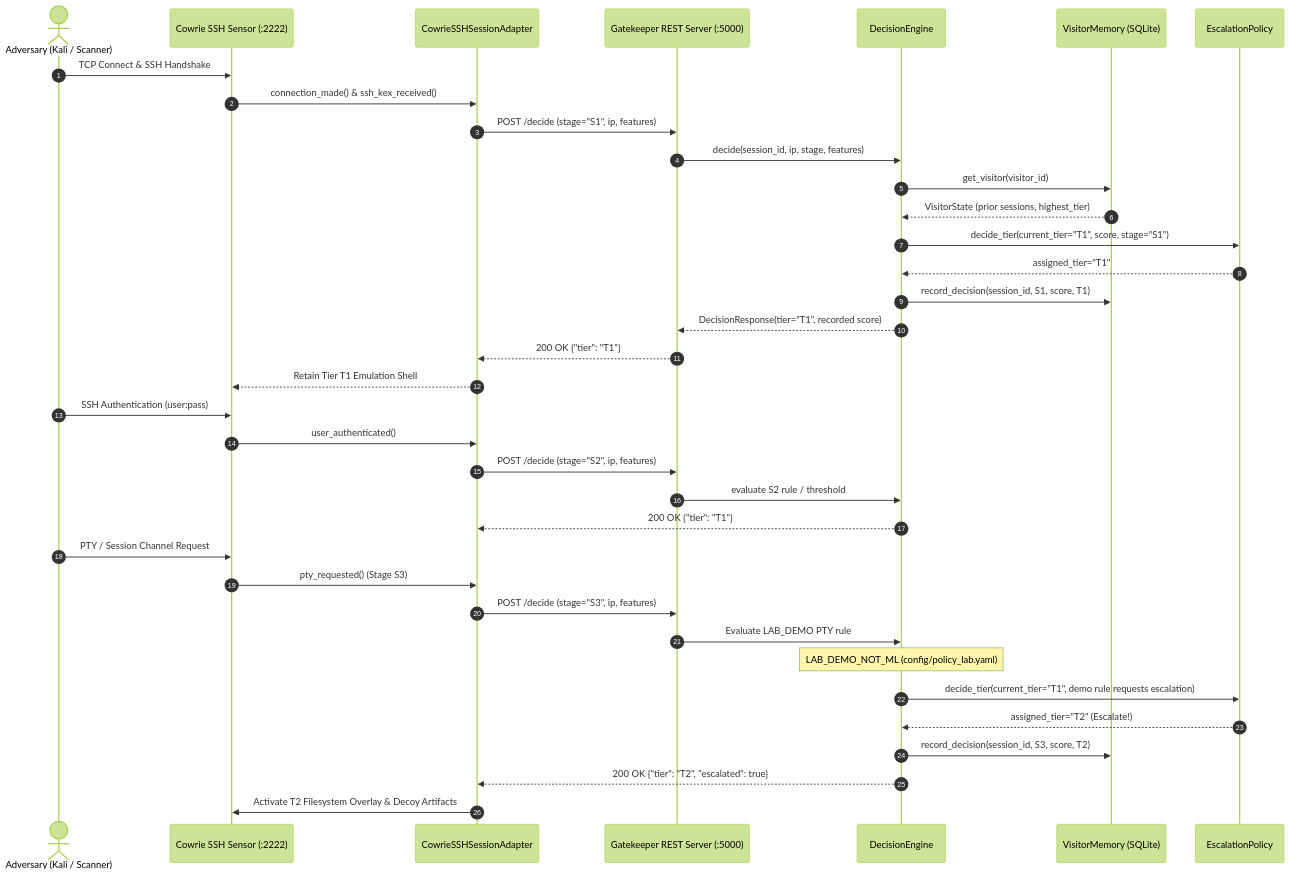
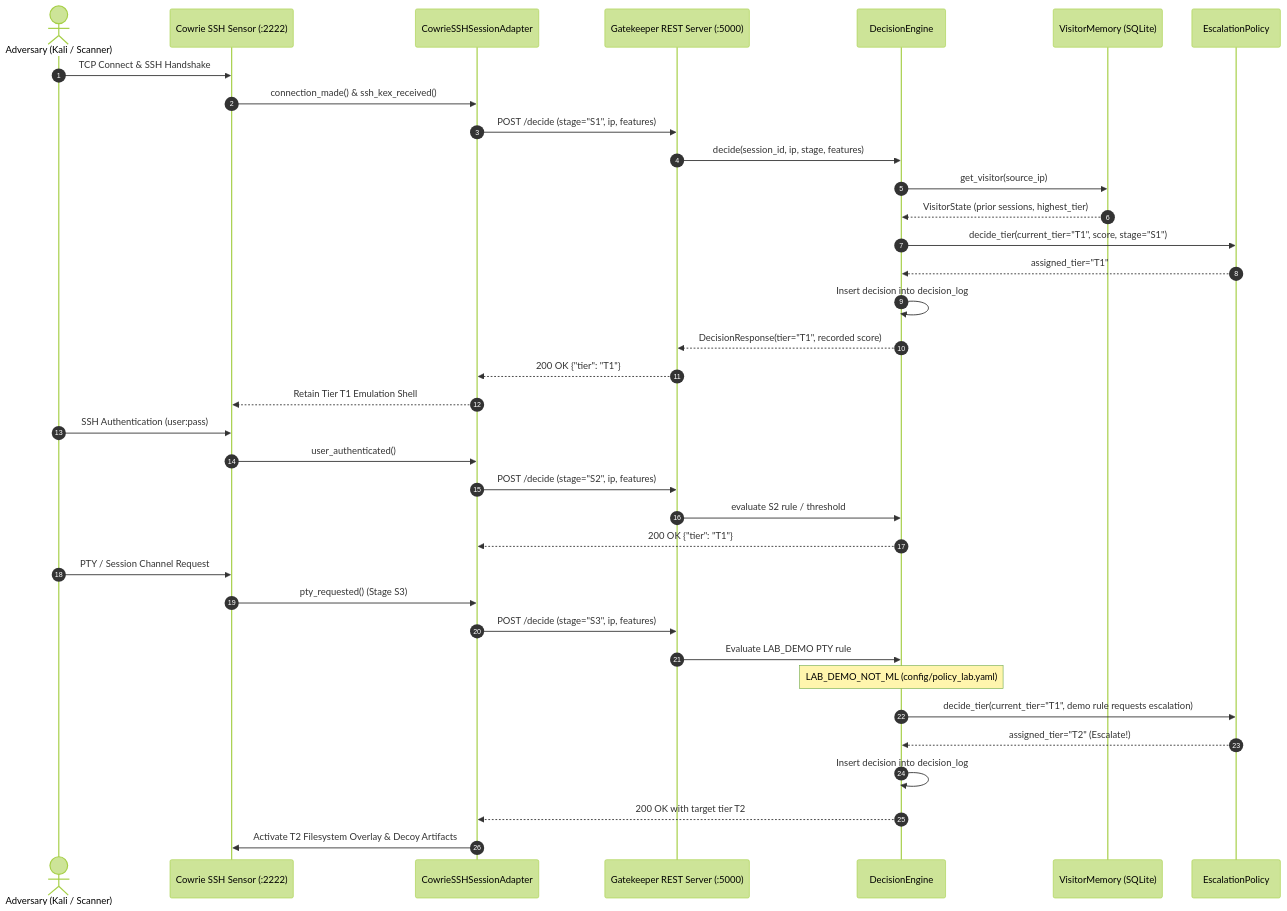
The third of 3 diagrams in docs/GRAPHIFY.md (abhinavsingh2403/Schrodinger-s-Server), drawn with Mermaid (forest theme) before and after one commit. The commit also changed other lines of this file and 6 other files, not shown here.

````diff
--- a/docs/GRAPHIFY.md
+++ b/docs/GRAPHIFY.md
@@ -201,41 +201,41 @@
 ```mermaid
 sequenceDiagram
     autonumber
     actor Attacker as Adversary (Kali / Scanner)
     participant Sensor as Cowrie SSH Sensor (:2222)
     participant Adapter as CowrieSSHSessionAdapter
     participant Gatekeeper as Gatekeeper REST Server (:5000)
     participant Engine as DecisionEngine
     participant Memory as VisitorMemory (SQLite)
     participant Policy as EscalationPolicy
 
     Attacker->>Sensor: TCP Connect & SSH Handshake
     Sensor->>Adapter: connection_made() & ssh_kex_received()
     Adapter->>Gatekeeper: POST /decide (stage="S1", ip, features)
     Gatekeeper->>Engine: decide(session_id, ip, stage, features)
-    Engine->>Memory: get_visitor(visitor_id)
+    Engine->>Memory: get_visitor(source_ip)
     Memory-->>Engine: VisitorState (prior sessions, highest_tier)
     Engine->>Policy: decide_tier(current_tier="T1", score, stage="S1")
     Policy-->>Engine: assigned_tier="T1"
-    Engine->>Memory: record_decision(session_id, S1, score, T1)
+    Engine->>Engine: Insert decision into decision_log
     Engine-->>Gatekeeper: DecisionResponse(tier="T1", recorded score)
     Gatekeeper-->>Adapter: 200 OK {"tier": "T1"}
     Adapter-->>Sensor: Retain Tier T1 Emulation Shell
 
     Attacker->>Sensor: SSH Authentication (user:pass)
     Sensor->>Adapter: user_authenticated()
     Adapter->>Gatekeeper: POST /decide (stage="S2", ip, features)
     Gatekeeper->>Engine: evaluate S2 rule / threshold
     Engine-->>Adapter: 200 OK {"tier": "T1"}
 
     Attacker->>Sensor: PTY / Session Channel Request
     Sensor->>Adapter: pty_requested() (Stage S3)
     Adapter->>Gatekeeper: POST /decide (stage="S3", ip, features)
     Gatekeeper->>Engine: Evaluate LAB_DEMO PTY rule
     Note over Engine: LAB_DEMO_NOT_ML (config/policy_lab.yaml)
     Engine->>Policy: decide_tier(current_tier="T1", demo rule requests escalation)
     Policy-->>Engine: assigned_tier="T2" (Escalate!)
-    Engine->>Memory: record_decision(session_id, S3, score, T2)
-    Engine-->>Adapter: 200 OK {"tier": "T2", "escalated": true}
+    Engine->>Engine: Insert decision into decision_log
+    Engine-->>Adapter: 200 OK with target tier T2
     Adapter->>Sensor: Activate T2 Filesystem Overlay & Decoy Artifacts
 ```
````
